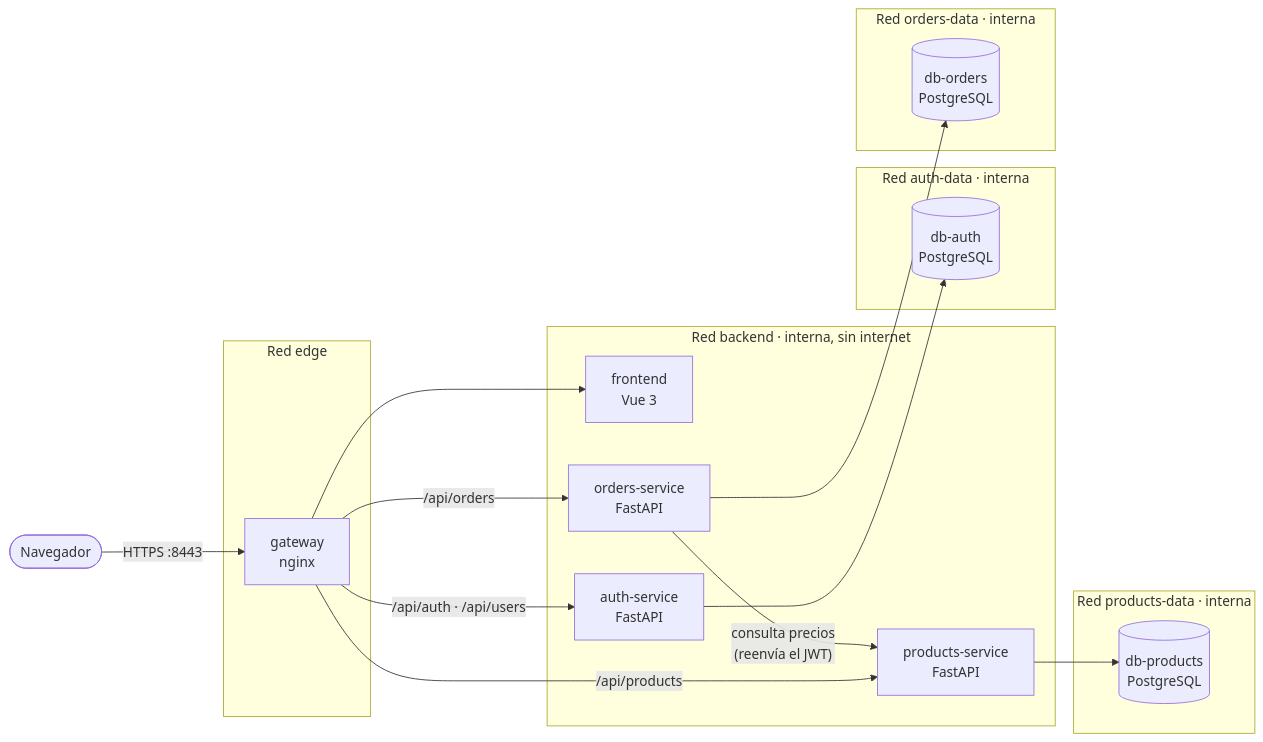
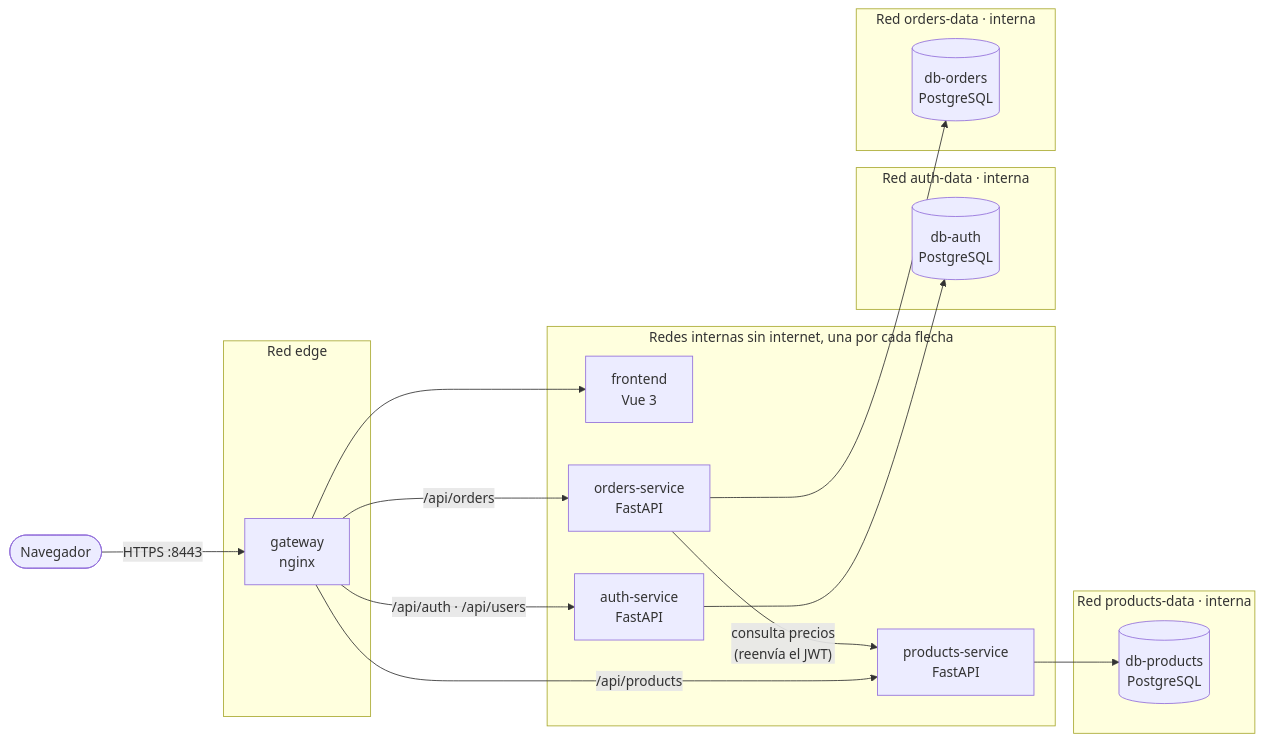
One commit to SeguridadInfromacion/hotdog-docs changed the diagram in README.md. Above: the diagram before and after it, drawn with Mermaid. The commit also changed other lines of this file and 4 other files, not shown here.

````diff
--- a/README.md
+++ b/README.md
@@ -10,34 +10,34 @@
 ```mermaid
 flowchart LR
     U([Navegador]) -- "HTTPS :8443" --> G
 
     subgraph edge [Red edge]
         G[gateway<br/>nginx]
     end
 
-    subgraph backend [Red backend · interna, sin internet]
+    subgraph backend [Redes internas sin internet, una por cada flecha]
         F[frontend<br/>Vue 3]
         A[auth-service<br/>FastAPI]
         P[products-service<br/>FastAPI]
         O[orders-service<br/>FastAPI]
     end
 
     subgraph ad [Red auth-data · interna]
         DA[(db-auth<br/>PostgreSQL)]
     end
     subgraph pd [Red products-data · interna]
         DP[(db-products<br/>PostgreSQL)]
     end
     subgraph od [Red orders-data · interna]
         DO[(db-orders<br/>PostgreSQL)]
     end
 
     G --> F
     G -- "/api/auth · /api/users" --> A
     G -- "/api/products" --> P
     G -- "/api/orders" --> O
     O -- "consulta precios<br/>(reenvía el JWT)" --> P
     A --> DA
     P --> DP
     O --> DO
 ```
````
